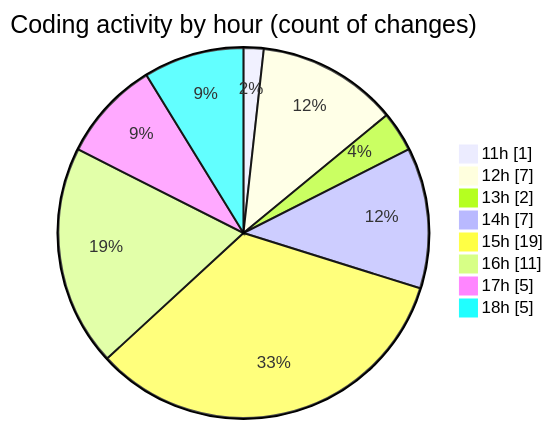
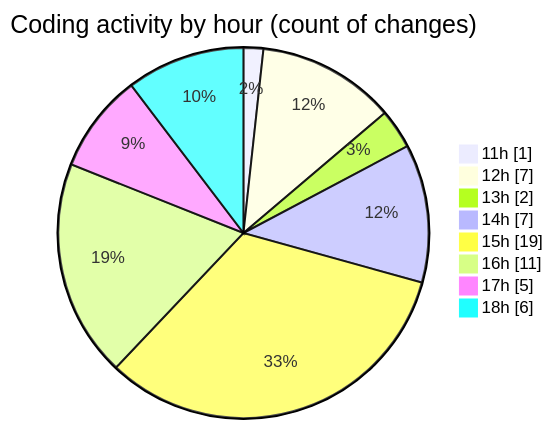
Before and after one commit to momahboobian/code-tracking: the second of 2 diagrams in 2025-06-09/cda/README.md, drawn with Mermaid. The commit also changed other lines of this file and 1 other file, not shown here.

````diff
--- a/2025-06-09/cda/README.md
+++ b/2025-06-09/cda/README.md
@@ -42,12 +42,12 @@
 ```mermaid
 pie showData
 title Coding activity by hour (count of changes)
 "11h" : 1
 "12h" : 7
 "13h" : 2
 "14h" : 7
 "15h" : 19
 "16h" : 11
 "17h" : 5
-"18h" : 5
+"18h" : 6
 ```
````
